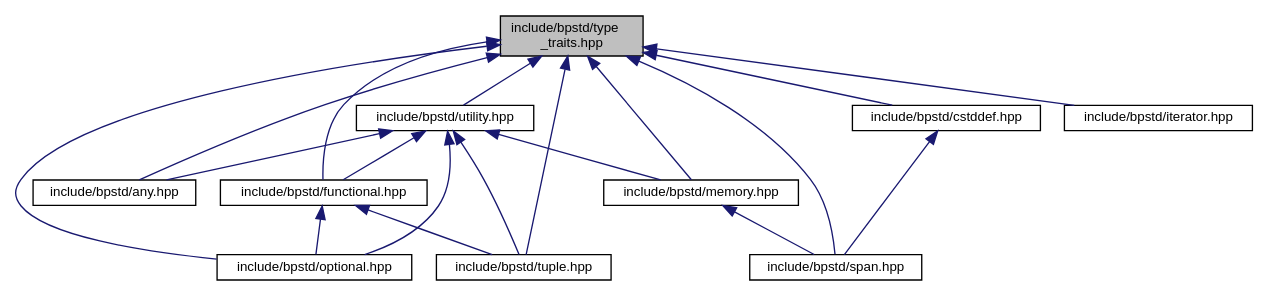
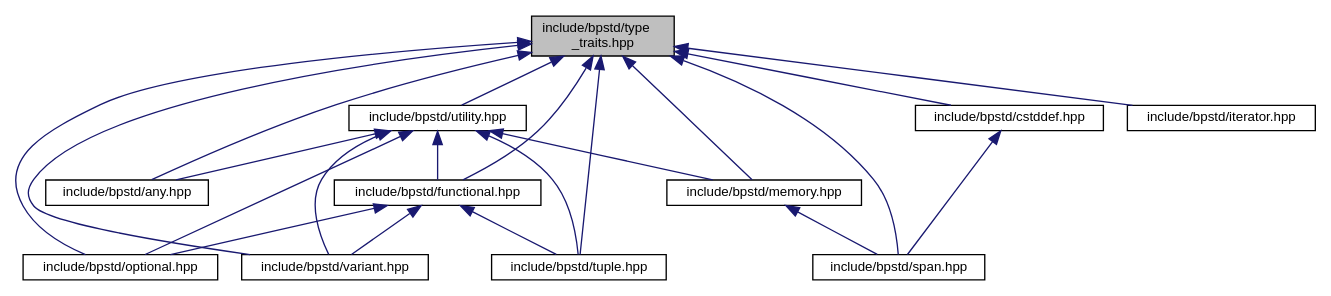
One commit to bitwizeshift/BackportCpp changed the diagram in api/latest/dd/de3/type__traits_8hpp__dep__incl.dot. Above: the diagram before and after it, drawn with Graphviz. The commit also changed 194 other files, not shown here.

```diff
--- a/api/latest/dd/de3/type__traits_8hpp__dep__incl.dot
+++ b/api/latest/dd/de3/type__traits_8hpp__dep__incl.dot
@@ -1,33 +1,37 @@
 digraph "include/bpstd/type_traits.hpp"
 {
   edge [fontname="Helvetica",fontsize="10",labelfontname="Helvetica",labelfontsize="10"];
   node [fontname="Helvetica",fontsize="10",shape=record];
   Node6 [label="include/bpstd/type\l_traits.hpp",height=0.2,width=0.4,color="black", fillcolor="grey75", style="filled", fontcolor="black"];
   Node6 -> Node7 [dir="back",color="midnightblue",fontsize="10",style="solid",fontname="Helvetica"];
   Node7 [label="include/bpstd/any.hpp",height=0.2,width=0.4,color="black", fillcolor="white", style="filled",URL="$d2/d62/any_8hpp.html",tooltip="This header provides definitions from the C++ header <any> "];
   Node6 -> Node8 [dir="back",color="midnightblue",fontsize="10",style="solid",fontname="Helvetica"];
   Node8 [label="include/bpstd/utility.hpp",height=0.2,width=0.4,color="black", fillcolor="white", style="filled",URL="$d1/d4e/utility_8hpp.html",tooltip="This header provides definitions from the C++ header <utility> "];
   Node8 -> Node7 [dir="back",color="midnightblue",fontsize="10",style="solid",fontname="Helvetica"];
   Node8 -> Node9 [dir="back",color="midnightblue",fontsize="10",style="solid",fontname="Helvetica"];
   Node9 [label="include/bpstd/functional.hpp",height=0.2,width=0.4,color="black", fillcolor="white", style="filled",URL="$d2/db4/functional_8hpp.html",tooltip="This header provides definitions from the C++ header <functional> "];
   Node9 -> Node10 [dir="back",color="midnightblue",fontsize="10",style="solid",fontname="Helvetica"];
   Node10 [label="include/bpstd/optional.hpp",height=0.2,width=0.4,color="black", fillcolor="white", style="filled",URL="$db/dd5/optional_8hpp.html",tooltip="This header provides definitions from the C++ header <optional> "];
   Node9 -> Node11 [dir="back",color="midnightblue",fontsize="10",style="solid",fontname="Helvetica"];
   Node11 [label="include/bpstd/tuple.hpp",height=0.2,width=0.4,color="black", fillcolor="white", style="filled",URL="$d3/d6f/tuple_8hpp.html",tooltip="This header provides definitions from the C++ header <tuple> "];
-  Node8 -> Node12 [dir="back",color="midnightblue",fontsize="10",style="solid",fontname="Helvetica"];
-  Node12 [label="include/bpstd/memory.hpp",height=0.2,width=0.4,color="black", fillcolor="white", style="filled",URL="$da/d3e/memory_8hpp.html",tooltip="This header provides definitions from the C++ header <memory> "];
-  Node12 -> Node13 [dir="back",color="midnightblue",fontsize="10",style="solid",fontname="Helvetica"];
-  Node13 [label="include/bpstd/span.hpp",height=0.2,width=0.4,color="black", fillcolor="white", style="filled",URL="$da/de1/span_8hpp.html",tooltip="This header provides definitions from the C++ header  "];
+  Node9 -> Node12 [dir="back",color="midnightblue",fontsize="10",style="solid",fontname="Helvetica"];
+  Node12 [label="include/bpstd/variant.hpp",height=0.2,width=0.4,color="black", fillcolor="white", style="filled",URL="$d9/d7a/variant_8hpp.html",tooltip="This header provides definitions from the C++ header <variant> "];
+  Node8 -> Node13 [dir="back",color="midnightblue",fontsize="10",style="solid",fontname="Helvetica"];
+  Node13 [label="include/bpstd/memory.hpp",height=0.2,width=0.4,color="black", fillcolor="white", style="filled",URL="$da/d3e/memory_8hpp.html",tooltip="This header provides definitions from the C++ header <memory> "];
+  Node13 -> Node14 [dir="back",color="midnightblue",fontsize="10",style="solid",fontname="Helvetica"];
+  Node14 [label="include/bpstd/span.hpp",height=0.2,width=0.4,color="black", fillcolor="white", style="filled",URL="$da/de1/span_8hpp.html",tooltip="This header provides definitions from the C++ header  "];
   Node8 -> Node10 [dir="back",color="midnightblue",fontsize="10",style="solid",fontname="Helvetica"];
   Node8 -> Node11 [dir="back",color="midnightblue",fontsize="10",style="solid",fontname="Helvetica"];
+  Node8 -> Node12 [dir="back",color="midnightblue",fontsize="10",style="solid",fontname="Helvetica"];
+  Node6 -> Node15 [dir="back",color="midnightblue",fontsize="10",style="solid",fontname="Helvetica"];
+  Node15 [label="include/bpstd/cstddef.hpp",height=0.2,width=0.4,color="black", fillcolor="white", style="filled",URL="$d0/dc7/cstddef_8hpp.html",tooltip="This header provides definitions from the C++ header <cstddef> "];
+  Node15 -> Node14 [dir="back",color="midnightblue",fontsize="10",style="solid",fontname="Helvetica"];
+  Node6 -> Node9 [dir="back",color="midnightblue",fontsize="10",style="solid",fontname="Helvetica"];
+  Node6 -> Node16 [dir="back",color="midnightblue",fontsize="10",style="solid",fontname="Helvetica"];
+  Node16 [label="include/bpstd/iterator.hpp",height=0.2,width=0.4,color="black", fillcolor="white", style="filled",URL="$d9/dde/iterator_8hpp.html",tooltip="This header provides definitions from the C++ header <iterator> "];
+  Node6 -> Node13 [dir="back",color="midnightblue",fontsize="10",style="solid",fontname="Helvetica"];
+  Node6 -> Node10 [dir="back",color="midnightblue",fontsize="10",style="solid",fontname="Helvetica"];
   Node6 -> Node14 [dir="back",color="midnightblue",fontsize="10",style="solid",fontname="Helvetica"];
-  Node14 [label="include/bpstd/cstddef.hpp",height=0.2,width=0.4,color="black", fillcolor="white", style="filled",URL="$d0/dc7/cstddef_8hpp.html",tooltip="This header provides definitions from the C++ header <cstddef> "];
-  Node14 -> Node13 [dir="back",color="midnightblue",fontsize="10",style="solid",fontname="Helvetica"];
-  Node6 -> Node9 [dir="back",color="midnightblue",fontsize="10",style="solid",fontname="Helvetica"];
-  Node6 -> Node15 [dir="back",color="midnightblue",fontsize="10",style="solid",fontname="Helvetica"];
-  Node15 [label="include/bpstd/iterator.hpp",height=0.2,width=0.4,color="black", fillcolor="white", style="filled",URL="$d9/dde/iterator_8hpp.html",tooltip="This header provides definitions from the C++ header <iterator> "];
+  Node6 -> Node11 [dir="back",color="midnightblue",fontsize="10",style="solid",fontname="Helvetica"];
   Node6 -> Node12 [dir="back",color="midnightblue",fontsize="10",style="solid",fontname="Helvetica"];
-  Node6 -> Node10 [dir="back",color="midnightblue",fontsize="10",style="solid",fontname="Helvetica"];
-  Node6 -> Node13 [dir="back",color="midnightblue",fontsize="10",style="solid",fontname="Helvetica"];
-  Node6 -> Node11 [dir="back",color="midnightblue",fontsize="10",style="solid",fontname="Helvetica"];
 }
```
